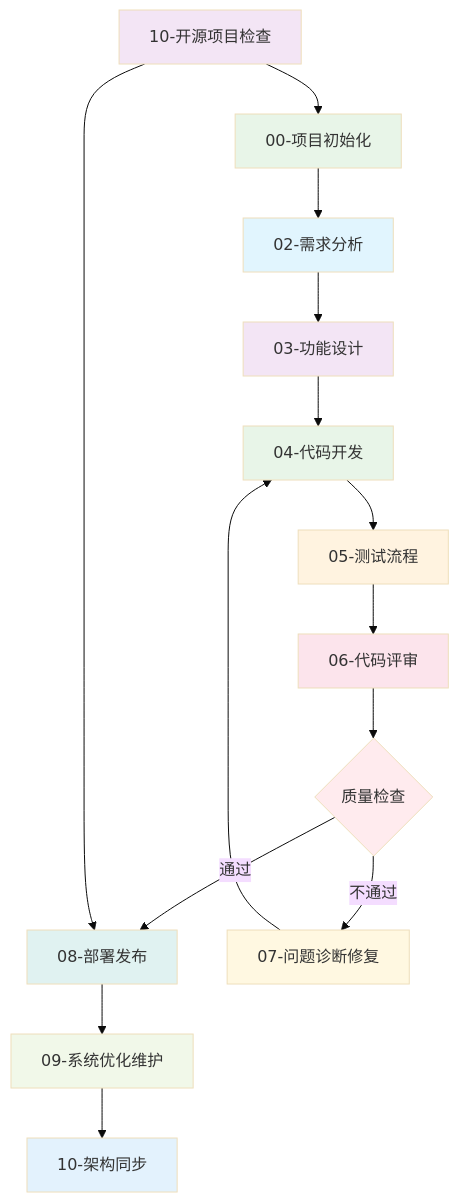
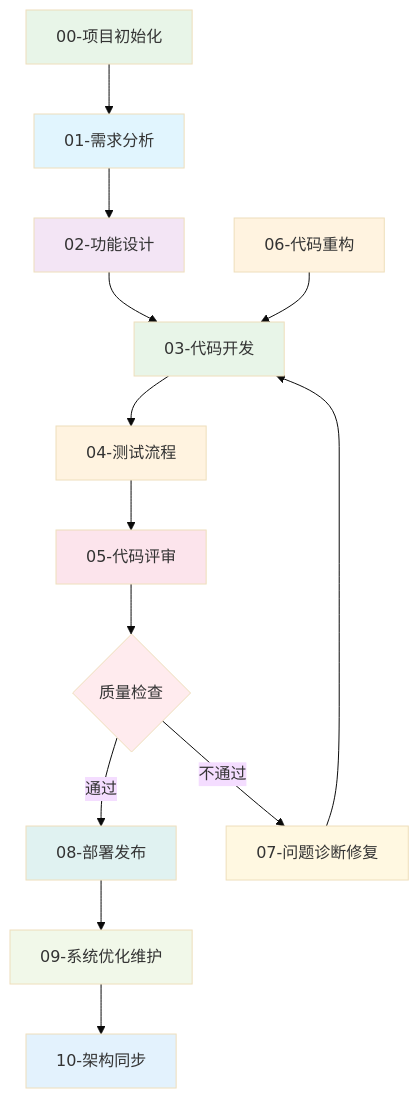
The second of 2 diagrams in README.md (EvilJoker/prompt), drawn with Mermaid (base theme) before and after one commit. The commit also changed other lines of this file and 10 other files, not shown here.

````diff
--- a/README.md
+++ b/README.md
@@ -148,30 +136,29 @@
 ```mermaid
 graph TD
-    A[02-需求分析] --> B[03-功能设计]
-    B --> C[04-代码开发]
-    C --> D[05-测试流程]
-    D --> E[06-代码评审]
+    A[01-需求分析] --> B[02-功能设计]
+    B --> C[03-代码开发]
+    C --> D[04-测试流程]
+    D --> E[05-代码评审]
     E --> F{质量检查}
     F -->|通过| G[08-部署发布]
     F -->|不通过| H[07-问题诊断修复]
     H --> C
     G --> I[09-系统优化维护]
     I --> J[10-架构同步]
     
     K[00-项目初始化] --> A
-    L[10-开源项目检查] --> K
-    L --> G
+    L[06-代码重构] --> C
     
     style A fill:#e1f5fe
     style B fill:#f3e5f5
     style C fill:#e8f5e8
     style D fill:#fff3e0
     style E fill:#fce4ec
     style F fill:#ffebee
     style G fill:#e0f2f1
     style H fill:#fff8e1
     style I fill:#f1f8e9
     style J fill:#e3f2fd
     style K fill:#e8f5e8
-    style L fill:#f3e5f5
+    style L fill:#fff3e0
 ```
````
